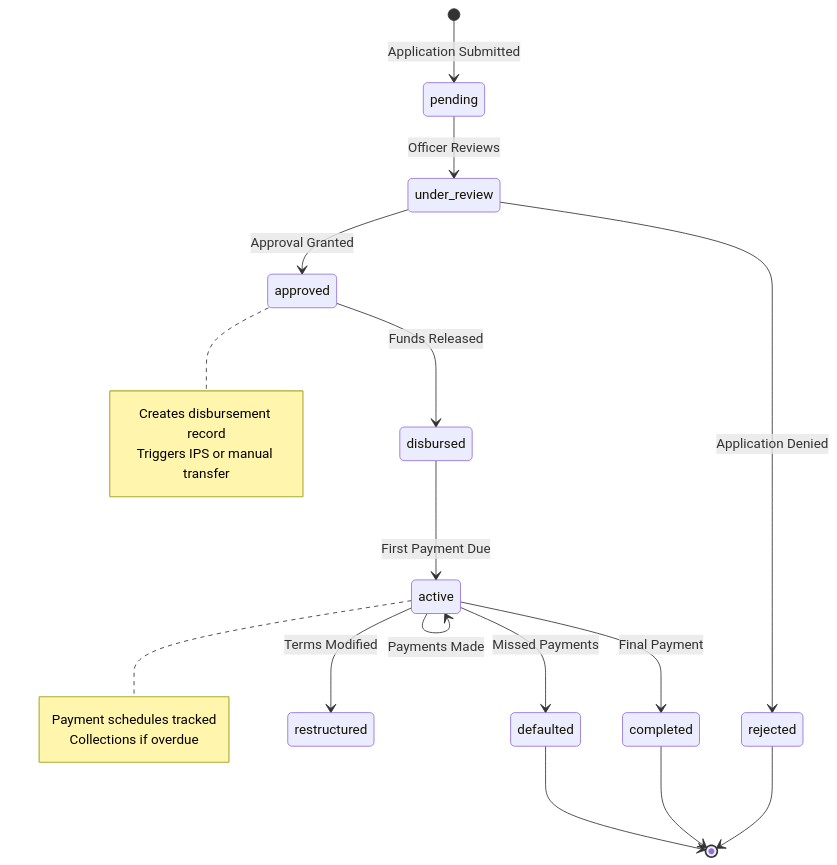
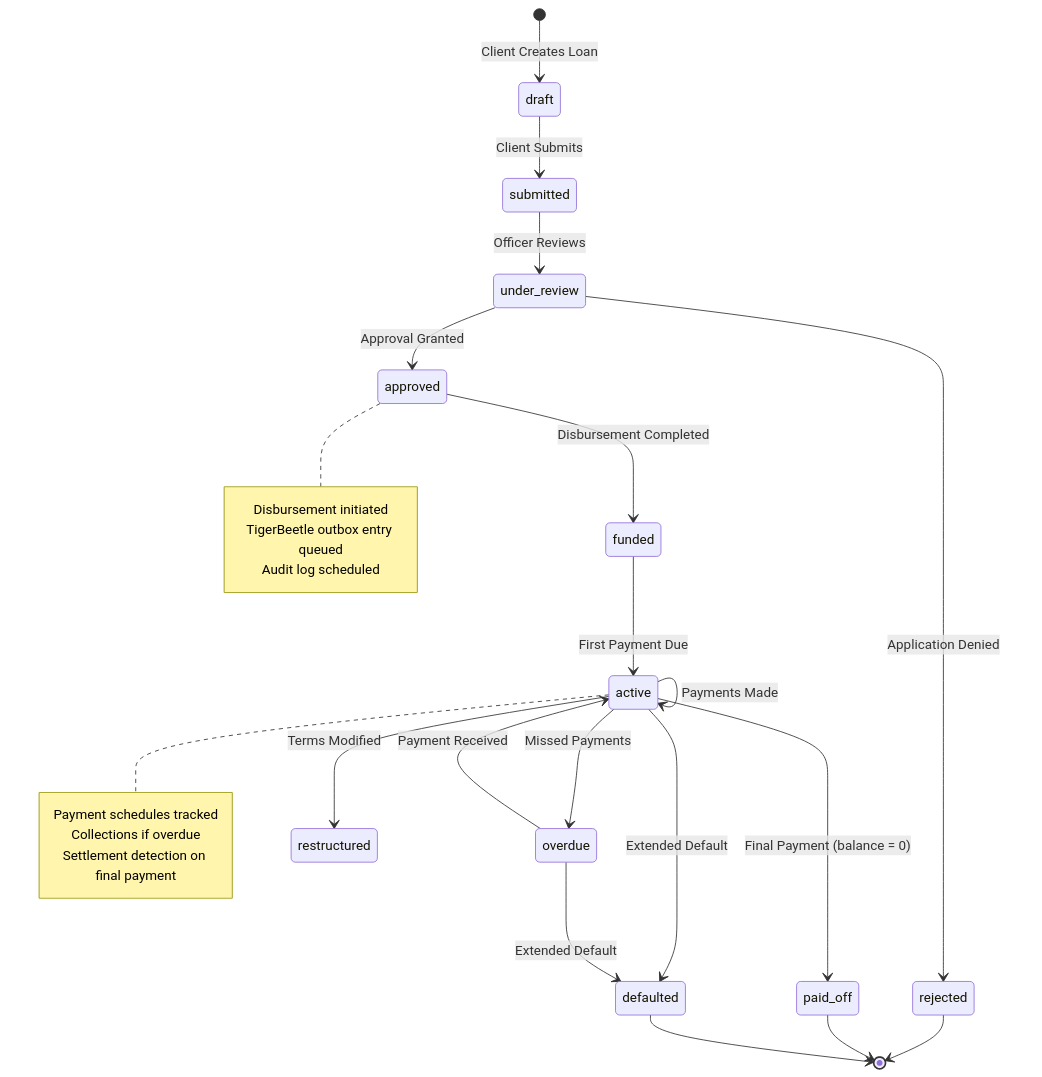
One commit to DKTony/namlend-trust-portal-v220 changed the second of 6 diagrams in docs/ARCHITECTURE.md. Above: the diagram before and after it, drawn with Mermaid. The commit also changed other lines of this file and 241 other files, not shown here.

First line of the commit message:
feat: Convex backend migration, dark mode, mobile Neo-Fintech theme, settlement system, TigerBeetle integration

````diff
--- a/docs/ARCHITECTURE.md
+++ b/docs/ARCHITECTURE.md
@@ -86,30 +123,37 @@
 ```mermaid
 stateDiagram-v2
-    [*] --> pending: Application Submitted
+    [*] --> draft: Client Creates Loan
 
-    pending --> under_review: Officer Reviews
+    draft --> submitted: Client Submits
+    submitted --> under_review: Officer Reviews
     under_review --> approved: Approval Granted
     under_review --> rejected: Application Denied
 
-    approved --> disbursed: Funds Released
-    disbursed --> active: First Payment Due
+    approved --> funded: Disbursement Completed
+    funded --> active: First Payment Due
 
     active --> active: Payments Made
-    active --> completed: Final Payment
-    active --> defaulted: Missed Payments
+    active --> paid_off: Final Payment (balance = 0)
+    active --> overdue: Missed Payments
+    active --> defaulted: Extended Default
     active --> restructured: Terms Modified
 
+    overdue --> active: Payment Received
+    overdue --> defaulted: Extended Default
+
     rejected --> [*]
-    completed --> [*]
+    paid_off --> [*]
     defaulted --> [*]
 
     note right of approved
-        Creates disbursement record
-        Triggers IPS or manual transfer
+        Disbursement initiated
+        TigerBeetle outbox entry queued
+        Audit log scheduled
     end note
 
     note right of active
         Payment schedules tracked
         Collections if overdue
+        Settlement detection on final payment
     end note
 ```
````
